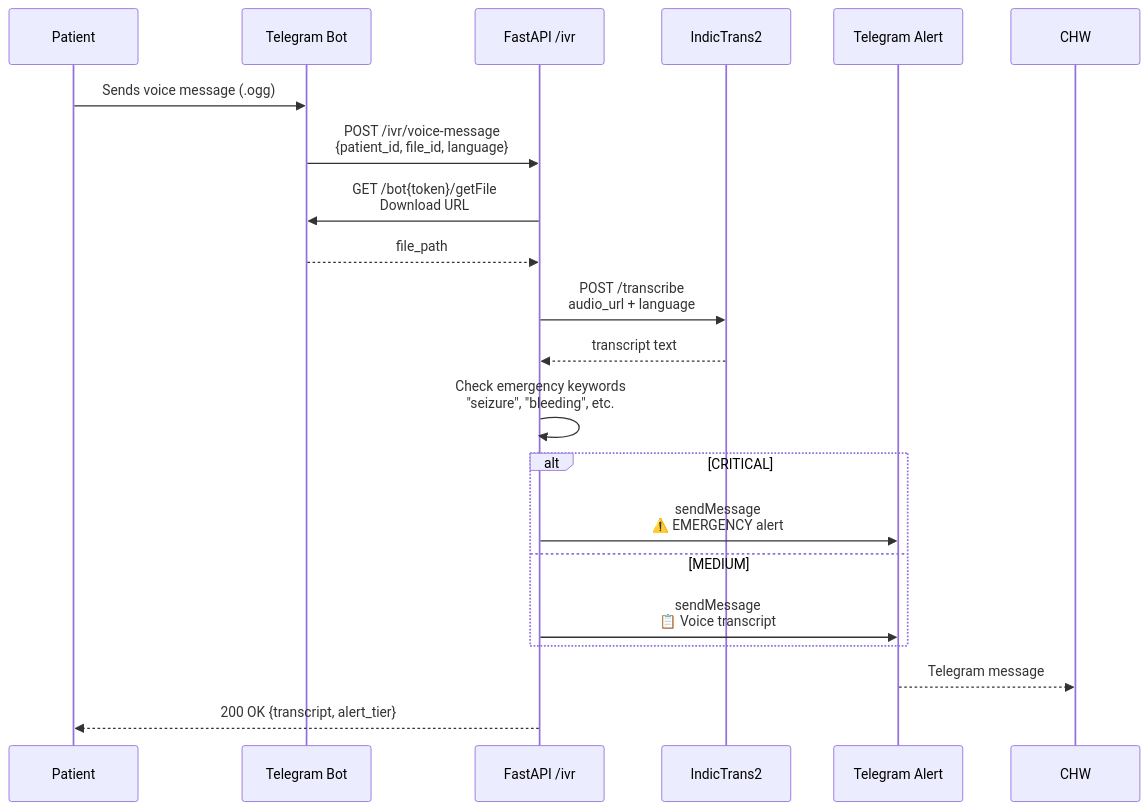
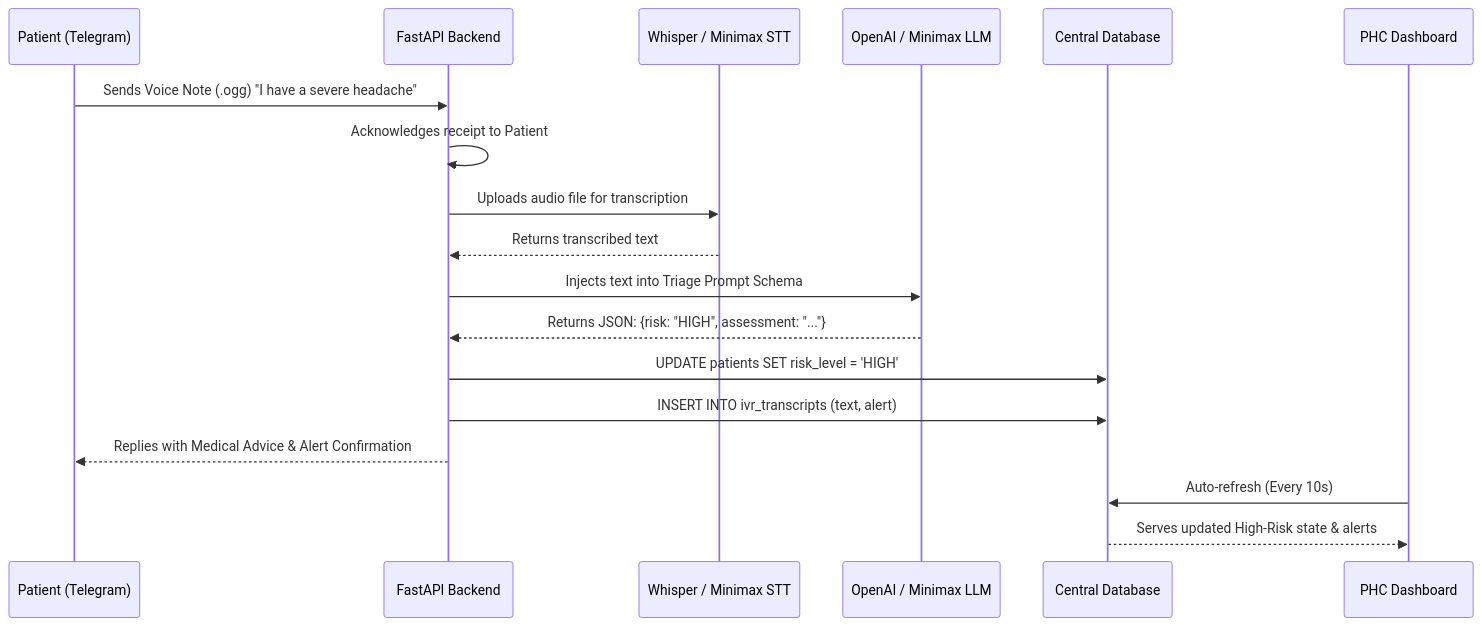
Before and after one commit to Syed-Abdullah-Abrar/AAVISHKAR-PRAVAH: the second of 3 diagrams in docs/architecture.md, drawn with Mermaid. The commit also changed other lines of this file and 49 other files, not shown here.

Commit message:
feat: demo-ready O2 platform — Telegram bot, LLM triage, voice pipeline, premium dashboard, Android scaffold, pitch docs

````diff
--- a/docs/architecture.md
+++ b/docs/architecture.md
@@ -130,24 +55,21 @@
 ```mermaid
 sequenceDiagram
-    participant P as Patient
-    participant TB as Telegram Bot
-    participant FA as FastAPI /ivr
-    participant IT as IndicTrans2
-    participant TA as Telegram Alert
-    participant CHW as CHW
+    participant P as Patient (Telegram)
+    participant B as FastAPI Backend
+    participant STT as Whisper / Minimax STT
+    participant LLM as OpenAI / Minimax LLM
+    participant DB as Central Database
+    participant D as PHC Dashboard
 
-    P->>TB: Sends voice message (.ogg)
-    TB->>FA: POST /ivr/voice-message<br/>{patient_id, file_id, language}
-    FA->>TB: GET /bot{token}/getFile<br/>Download URL
-    TB-->>FA: file_path
-    FA->>IT: POST /transcribe<br/>audio_url + language
-    IT-->>FA: transcript text
-    FA->>FA: Check emergency keywords<br/>"seizure", "bleeding", etc.
-    alt CRITICAL
-        FA->>TA: sendMessage<br/>⚠️ EMERGENCY alert
-    else MEDIUM
-        FA->>TA: sendMessage<br/>📋 Voice transcript
-    end
-    TA-->>CHW: Telegram message
-    FA-->>P: 200 OK {transcript, alert_tier}
+    P->>B: Sends Voice Note (.ogg) "I have a severe headache"
+    B->>B: Acknowledges receipt to Patient
+    B->>STT: Uploads audio file for transcription
+    STT-->>B: Returns transcribed text
+    B->>LLM: Injects text into Triage Prompt Schema
+    LLM-->>B: Returns JSON: {risk: "HIGH", assessment: "..."}
+    B->>DB: UPDATE patients SET risk_level = 'HIGH'
+    B->>DB: INSERT INTO ivr_transcripts (text, alert)
+    B-->>P: Replies with Medical Advice & Alert Confirmation
+    D->>DB: Auto-refresh (Every 10s)
+    DB-->>D: Serves updated High-Risk state & alerts
 ```
````
